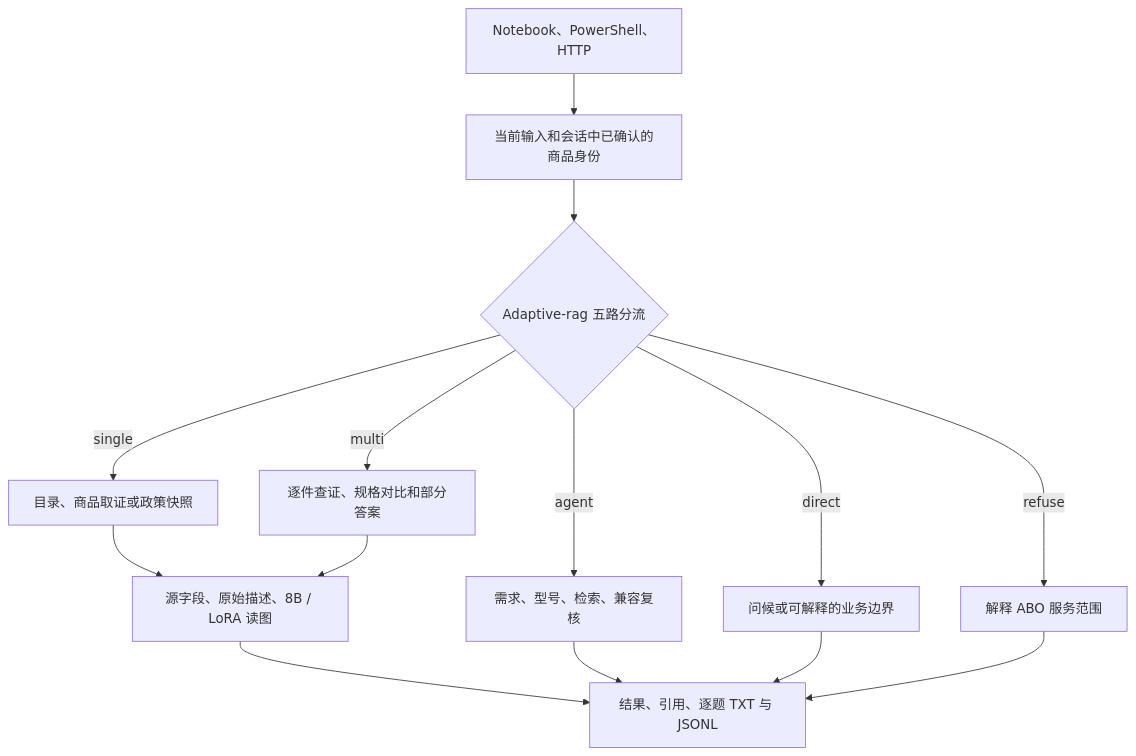
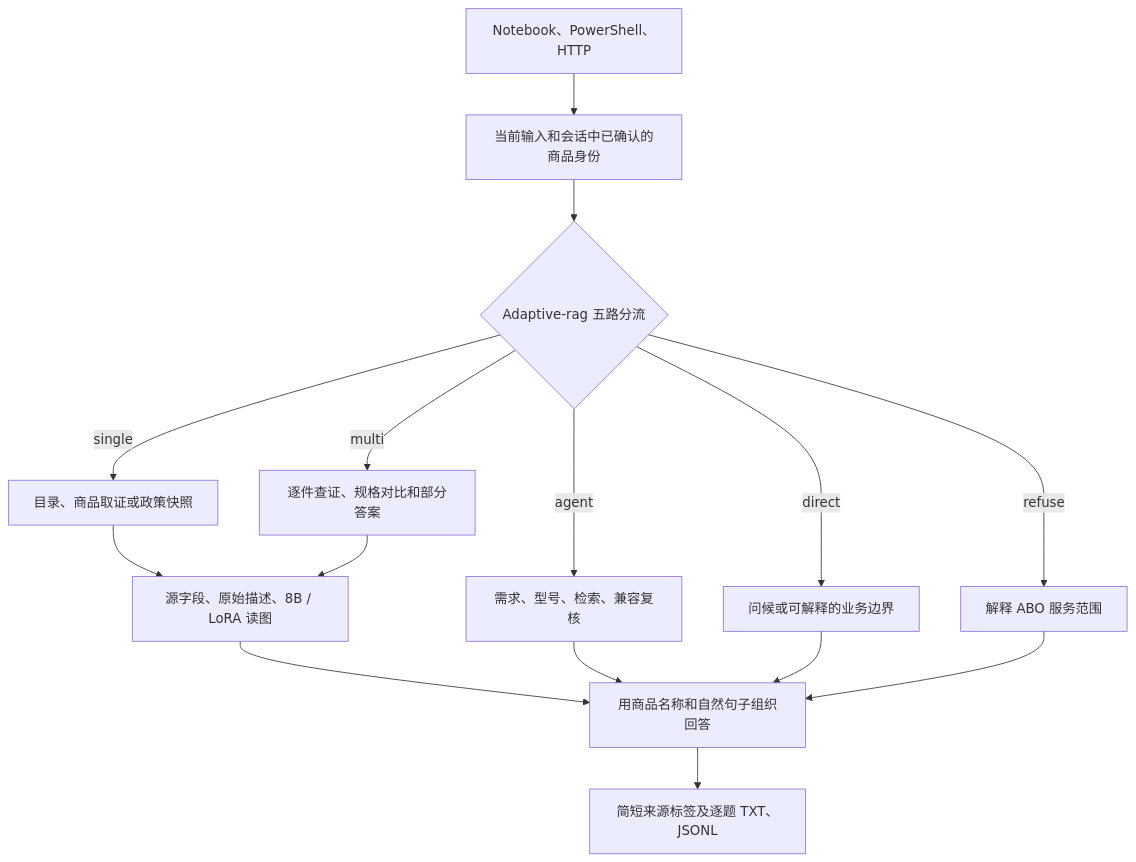
The diagram in docs/ABO架构与验证.md (AaronYue77/ABO-Adaptive-RAG), drawn with Mermaid before and after one commit. The commit also changed 15 other files, not shown here.

````diff
--- a/docs/ABO架构与验证.md
+++ b/docs/ABO架构与验证.md
@@ -5,16 +5,17 @@
 ```mermaid
 flowchart TD
     A["Notebook、PowerShell、HTTP"] --> B["当前输入和会话中已确认的商品身份"]
     B --> R{"Adaptive-rag 五路分流"}
     R -->|direct| D["问候或可解释的业务边界"]
     R -->|refuse| F["解释 ABO 服务范围"]
     R -->|single| S["目录、商品取证或政策快照"]
     R -->|multi| M["逐件查证、规格对比和部分答案"]
     R -->|agent| G["需求、型号、检索、兼容复核"]
     S --> E["源字段、原始描述、8B / LoRA 读图"]
     M --> E
-    E --> T["结果、引用、逐题 TXT 与 JSONL"]
-    G --> T
-    D --> T
-    F --> T
+    E --> P["用商品名称和自然句子组织回答"]
+    G --> P
+    D --> P
+    F --> P
+    P --> T["简短来源标签及逐题 TXT、JSONL"]
 ```
````
